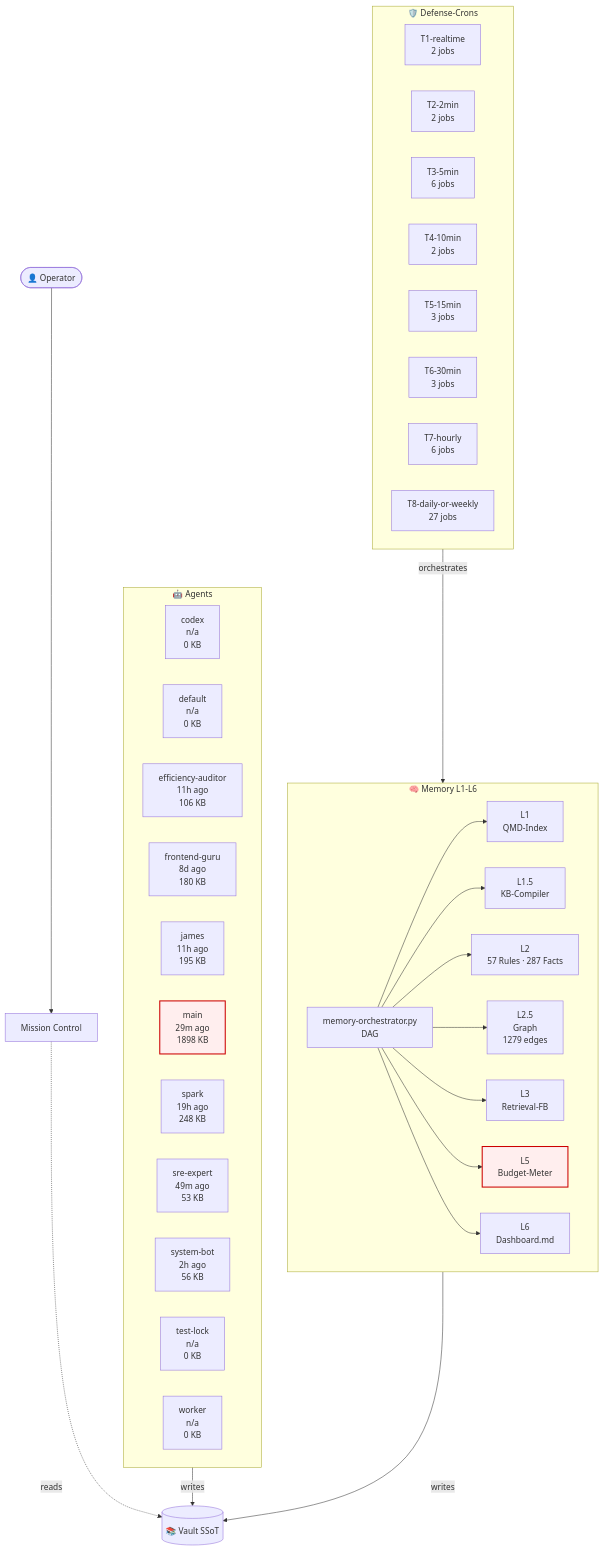
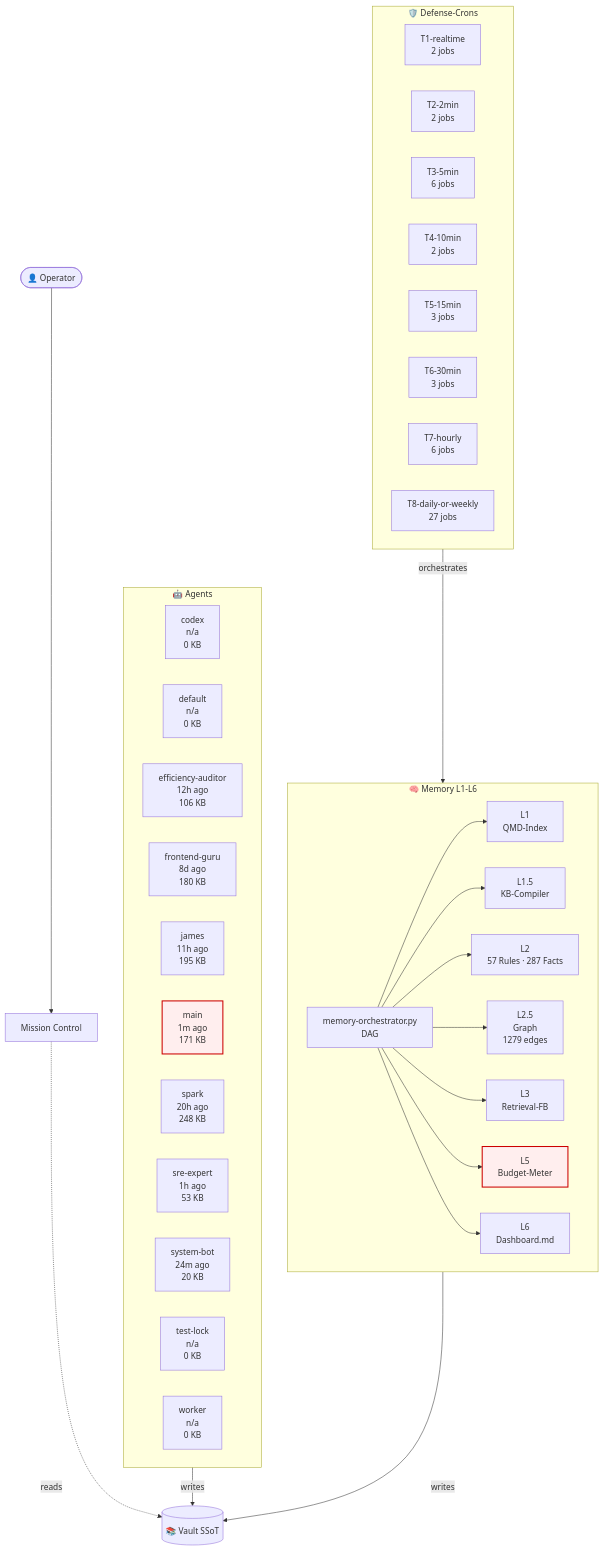
The diagram in 03-Agents/architecture-live.md (lenardhuebner88-rgb/openclaw-memory), drawn with Mermaid before and after one commit. The commit also changed other lines of this file and 14 other files, not shown here.

````diff
--- a/03-Agents/architecture-live.md
+++ b/03-Agents/architecture-live.md
@@ -18,54 +18,54 @@
 ```mermaid
 flowchart TB
     classDef critical fill:#fee,stroke:#c00,stroke-width:2px;
     subgraph AGT["🤖 Agents"]
         agent_codex["codex<br/>n/a<br/>0 KB"]
         agent_default["default<br/>n/a<br/>0 KB"]
-        agent_efficiency_auditor["efficiency-auditor<br/>11h ago<br/>106 KB"]
+        agent_efficiency_auditor["efficiency-auditor<br/>12h ago<br/>106 KB"]
         agent_frontend_guru["frontend-guru<br/>8d ago<br/>180 KB"]
         agent_james["james<br/>11h ago<br/>195 KB"]
-        agent_main["main<br/>29m ago<br/>1898 KB"]
-        agent_spark["spark<br/>19h ago<br/>248 KB"]
-        agent_sre_expert["sre-expert<br/>49m ago<br/>53 KB"]
-        agent_system_bot["system-bot<br/>2h ago<br/>56 KB"]
+        agent_main["main<br/>1m ago<br/>171 KB"]
+        agent_spark["spark<br/>20h ago<br/>248 KB"]
+        agent_sre_expert["sre-expert<br/>1h ago<br/>53 KB"]
+        agent_system_bot["system-bot<br/>24m ago<br/>20 KB"]
         agent_test_lock["test-lock<br/>n/a<br/>0 KB"]
         agent_worker["worker<br/>n/a<br/>0 KB"]
     end
     subgraph MEM["🧠 Memory L1-L6"]
         L1["L1<br/>QMD-Index"]
         L15["L1.5<br/>KB-Compiler"]
         L2["L2<br/>57 Rules · 287 Facts"]
         L25["L2.5<br/>Graph<br/>1279 edges"]
         L3["L3<br/>Retrieval-FB"]
         L5["L5<br/>Budget-Meter"]
         L6["L6<br/>Dashboard.md"]
         ORCH["memory-orchestrator.py<br/>DAG"]
     end
     subgraph CRN["🛡️ Defense-Crons"]
         tier_T1_realtime["T1-realtime<br/>2 jobs"]
         tier_T2_2min["T2-2min<br/>2 jobs"]
         tier_T3_5min["T3-5min<br/>6 jobs"]
         tier_T4_10min["T4-10min<br/>2 jobs"]
         tier_T5_15min["T5-15min<br/>3 jobs"]
         tier_T6_30min["T6-30min<br/>3 jobs"]
         tier_T7_hourly["T7-hourly<br/>6 jobs"]
         tier_T8_daily_or_weekly["T8-daily-or-weekly<br/>27 jobs"]
     end
     VAULT[("📚 Vault SSoT")]
     OP([👤 Operator])
     MC["Mission Control"]
     OP --> MC
     MC -.reads.-> VAULT
     AGT -->|writes| VAULT
     MEM -->|writes| VAULT
     ORCH --> L1
     ORCH --> L15
     ORCH --> L2
     ORCH --> L25
     ORCH --> L3
     ORCH --> L5
     ORCH --> L6
     CRN -->|orchestrates| MEM
     class L5 critical
     class agent_main critical
 ```
````
